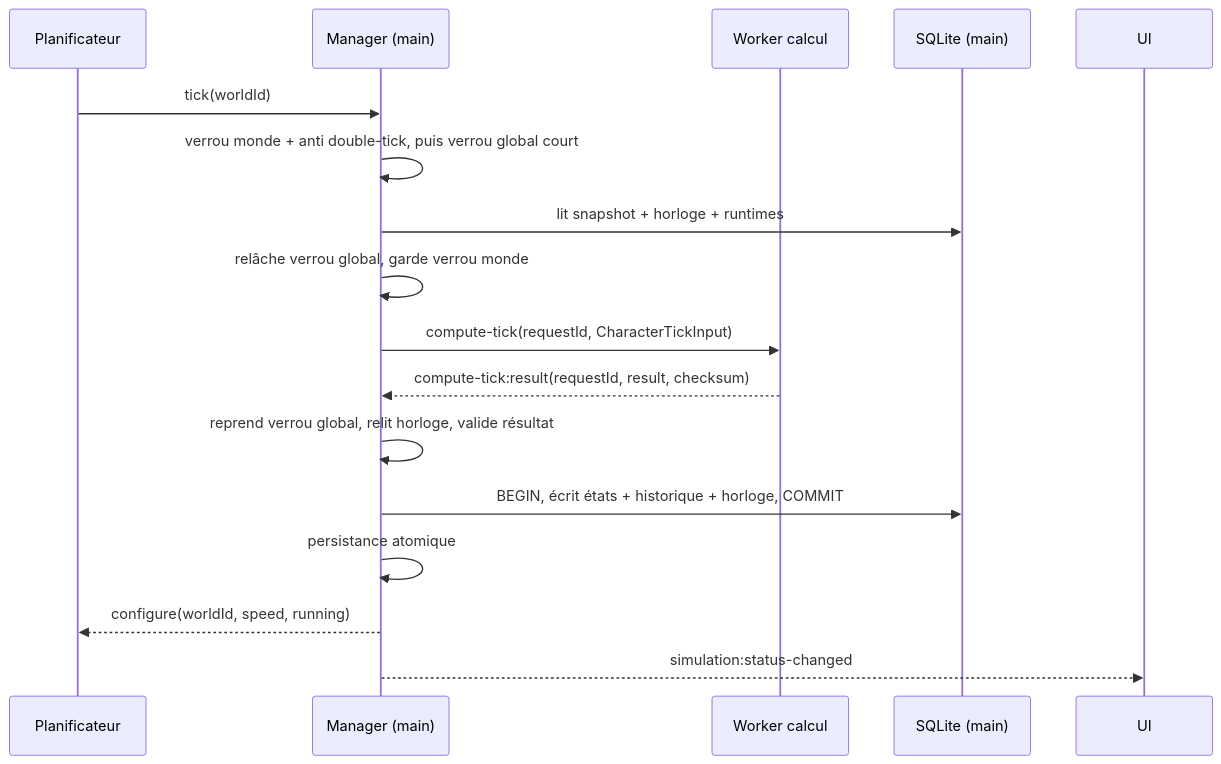
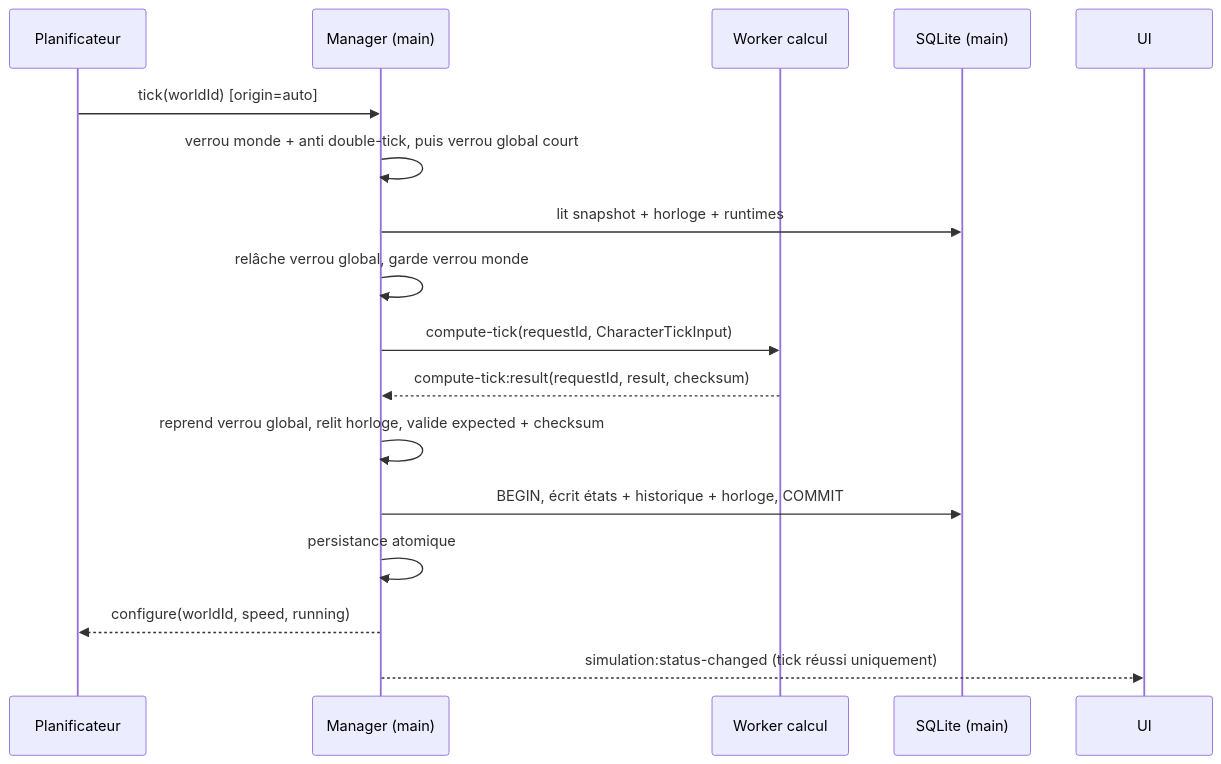
Before and after one commit to LanjaFii/digital-life: the diagram in docs/WORKER_TICK_PROTOCOL.md, drawn with Mermaid. The commit also changed other lines of this file and 30 other files, not shown here.

````diff
--- a/docs/WORKER_TICK_PROTOCOL.md
+++ b/docs/WORKER_TICK_PROTOCOL.md
@@ -18,19 +21,19 @@
 ```mermaid
 sequenceDiagram
     participant S as Planificateur
     participant M as Manager (main)
     participant C as Worker calcul
     participant D as SQLite (main)
 
-    S->>M: tick(worldId)
+    S->>M: tick(worldId) [origin=auto]
     M->>M: verrou monde + anti double-tick, puis verrou global court
     M->>D: lit snapshot + horloge + runtimes
     M->>M: relâche verrou global, garde verrou monde
     M->>C: compute-tick(requestId, CharacterTickInput)
     C-->>M: compute-tick:result(requestId, result, checksum)
-    M->>M: reprend verrou global, relit horloge, valide résultat
+    M->>M: reprend verrou global, relit horloge, valide expected + checksum
     M->>D: BEGIN, écrit états + historique + horloge, COMMIT
     M->>M: persistance atomique
     M-->>S: configure(worldId, speed, running)
-    M-->>UI: simulation:status-changed
+    M-->>UI: simulation:status-changed (tick réussi uniquement)
 ```
````
